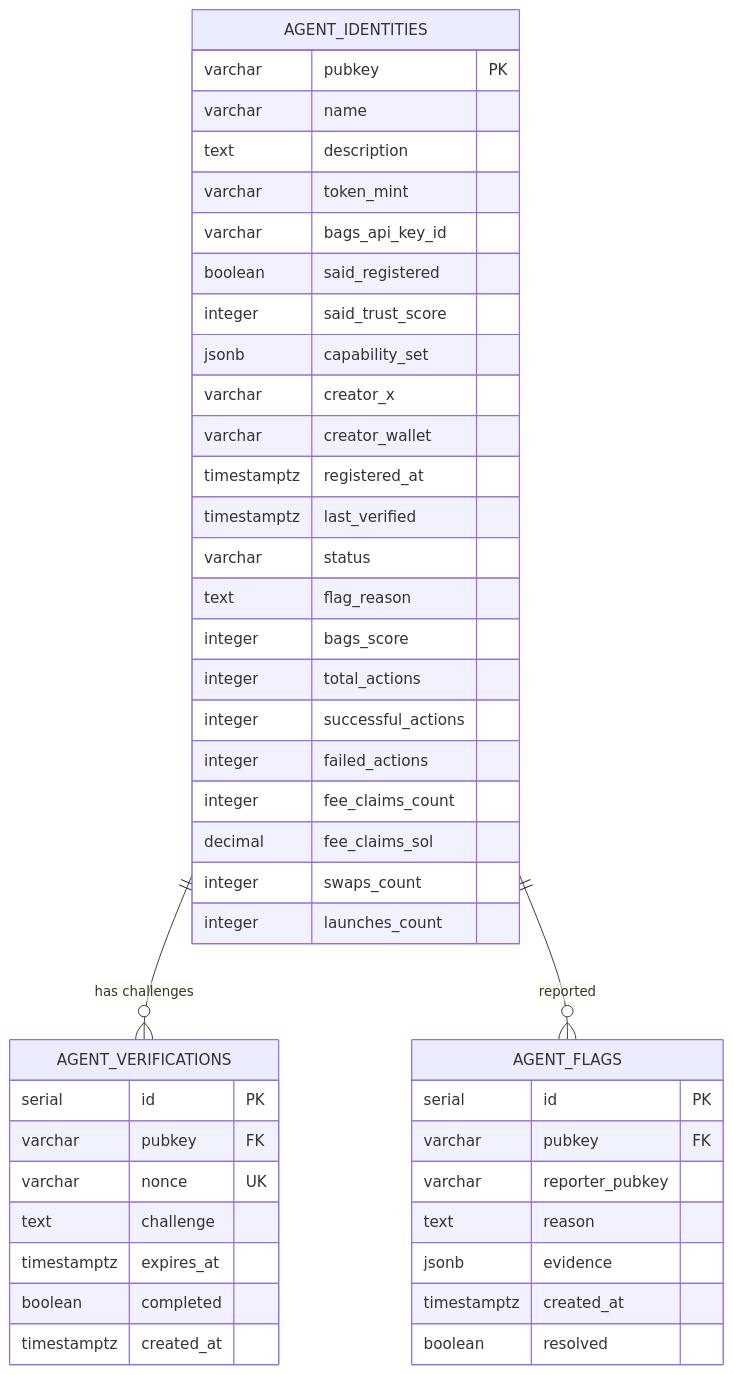
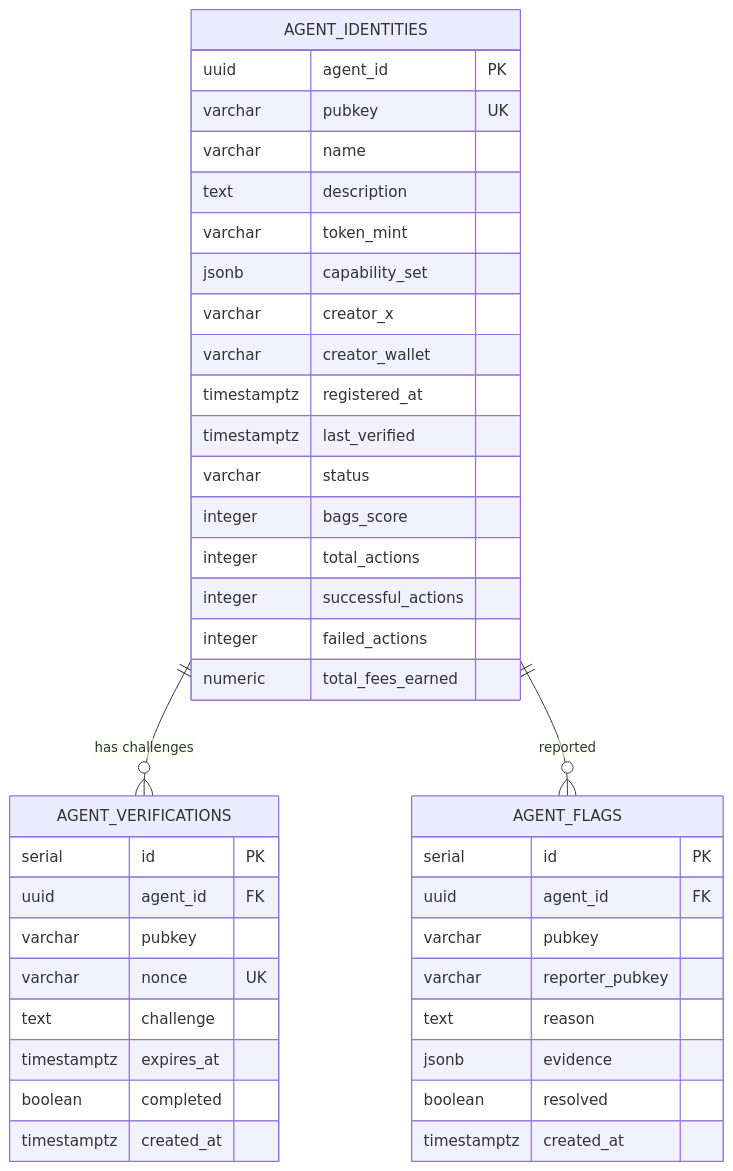
The second of 6 diagrams in .qoder/repowiki/en/content/Database Design/Schema Overview.md (RunTimeAdmin/AgentID), drawn with Mermaid before and after one commit. The commit also changed other lines of this file and 31 other files, not shown here.

````diff
--- a/.qoder/repowiki/en/content/Database Design/Schema Overview.md
+++ b/.qoder/repowiki/en/content/Database Design/Schema Overview.md
@@ -125,47 +131,43 @@
 ```mermaid
 erDiagram
 AGENT_IDENTITIES {
-varchar pubkey PK
+uuid agent_id PK
+varchar pubkey UK
 varchar name
 text description
 varchar token_mint
-varchar bags_api_key_id
-boolean said_registered
-integer said_trust_score
 jsonb capability_set
 varchar creator_x
 varchar creator_wallet
 timestamptz registered_at
 timestamptz last_verified
 varchar status
-text flag_reason
 integer bags_score
 integer total_actions
 integer successful_actions
 integer failed_actions
-integer fee_claims_count
-decimal fee_claims_sol
-integer swaps_count
-integer launches_count
+numeric total_fees_earned
 }
 AGENT_VERIFICATIONS {
 serial id PK
-varchar pubkey FK
+uuid agent_id FK
+varchar pubkey
 varchar nonce UK
 text challenge
 timestamptz expires_at
 boolean completed
 timestamptz created_at
 }
 AGENT_FLAGS {
 serial id PK
-varchar pubkey FK
+uuid agent_id FK
+varchar pubkey
 varchar reporter_pubkey
 text reason
 jsonb evidence
+boolean resolved
 timestamptz created_at
-boolean resolved
 }
 AGENT_IDENTITIES ||--o{ AGENT_VERIFICATIONS : "has challenges"
 AGENT_IDENTITIES ||--o{ AGENT_FLAGS : "reported"
 ```
````
